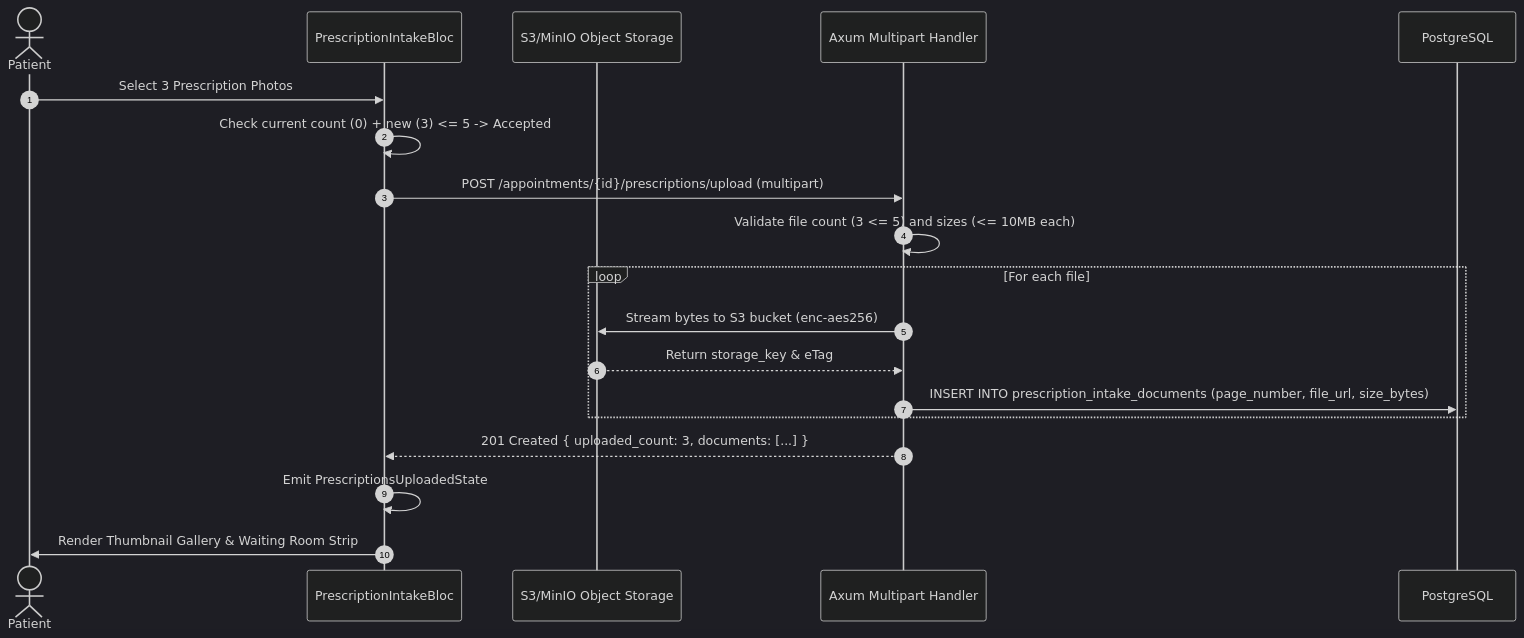
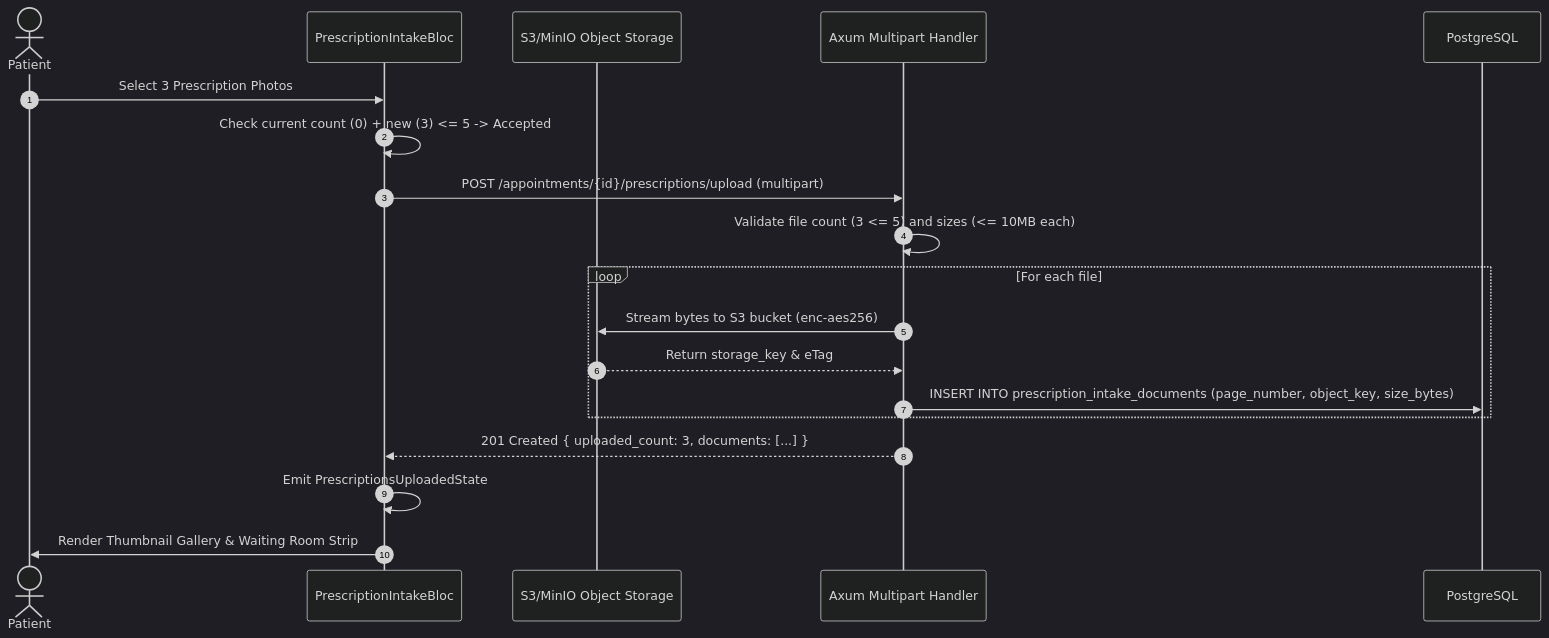
The second of 5 diagrams in docs/DATA_FLOW.md (MeherabHS/hellodoctor), drawn with Mermaid (dark theme) before and after one commit. The commit also changed other lines of this file and 42 other files, not shown here.

````diff
--- a/docs/DATA_FLOW.md
+++ b/docs/DATA_FLOW.md
@@ -55,22 +57,22 @@
 ```mermaid
 sequenceDiagram
     autonumber
     actor Patient as Patient
     participant Bloc as PrescriptionIntakeBloc
     participant S3 as S3/MinIO Object Storage
     participant Axum as Axum Multipart Handler
     participant DB as PostgreSQL
 
     Patient->>Bloc: Select 3 Prescription Photos
     Bloc->>Bloc: Check current count (0) + new (3) <= 5 -> Accepted
     Bloc->>Axum: POST /appointments/{id}/prescriptions/upload (multipart)
     Axum->>Axum: Validate file count (3 <= 5) and sizes (<= 10MB each)
     loop For each file
         Axum->>S3: Stream bytes to S3 bucket (enc-aes256)
         S3-->>Axum: Return storage_key & eTag
-        Axum->>DB: INSERT INTO prescription_intake_documents (page_number, file_url, size_bytes)
+        Axum->>DB: INSERT INTO prescription_intake_documents (page_number, object_key, size_bytes)
     end
     Axum-->>Bloc: 201 Created { uploaded_count: 3, documents: [...] }
     Bloc->>Bloc: Emit PrescriptionsUploadedState
     Bloc->>Patient: Render Thumbnail Gallery & Waiting Room Strip
 ```
````
